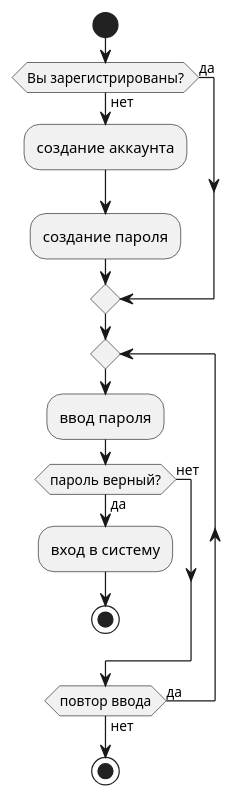
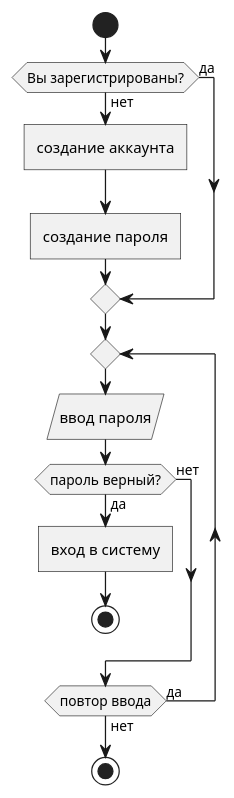
Before and after one commit to warkamelon/Gitnew: the diagram in docs/block1.puml, drawn with PlantUML. The commit also changed 1 other file, not shown here.

Commit message:
Изменение блок-схем

```diff
--- a/docs/block1.puml
+++ b/docs/block1.puml
@@ -1,19 +1,19 @@
 @startuml
 start
 
 if (Вы зарегистрированы?) then (нет)
-  :создание аккаунта;
-  :создание пароля;
+  :создание аккаунта]
+  :создание пароля]
 else (да)
 endif
 
 repeat
-  :ввод пароля;
+  :ввод пароля/
   if (пароль верный?) then (нет)
   else (да)
-    :вход в систему;
+    :вход в систему]
     stop
   endif
 repeat while (повтор ввода) is (да) not (нет)
 stop
 @enduml
```
